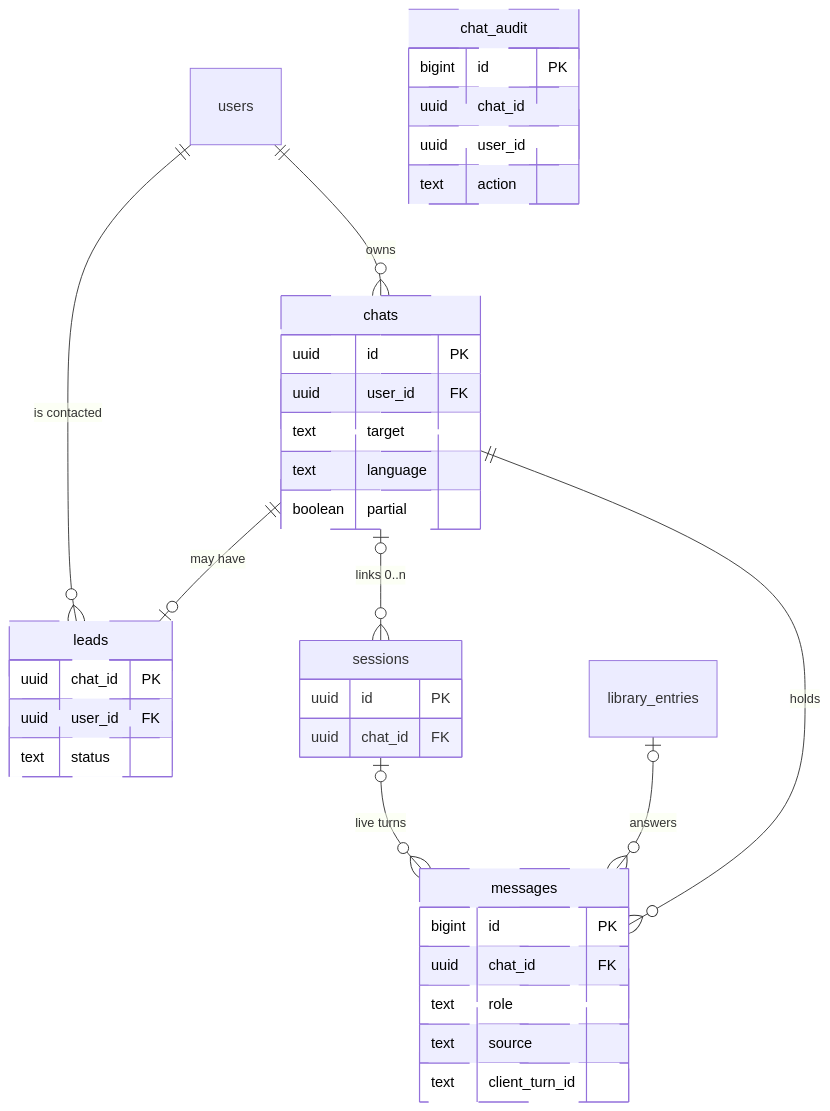
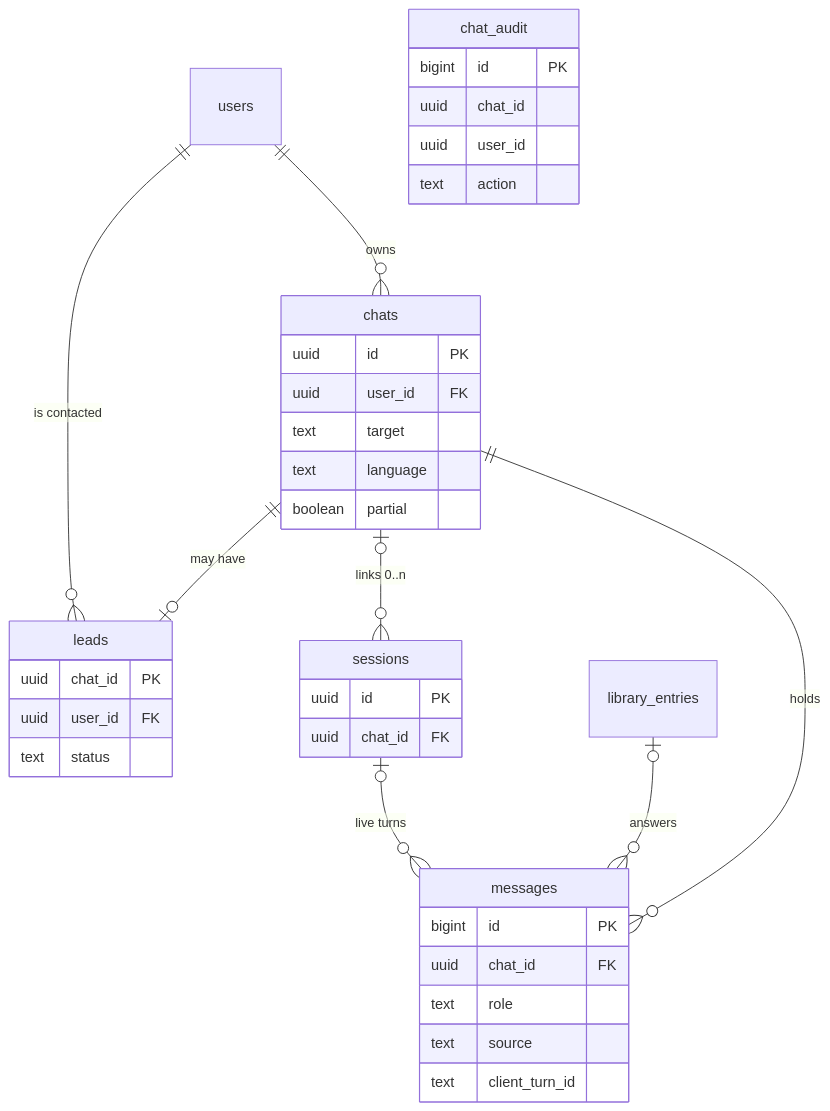
Before and after one commit to Kohandezh/kohandezh-live-avatar: the third of 3 diagrams in docs/features/chat-storage/SPEC.md, drawn with Mermaid. The commit also changed other lines of this file and 1 other file, not shown here.

First line of the commit message:
docs(chat-storage): apply review round 1 to the chat storage spec

````diff
--- a/docs/features/chat-storage/SPEC.md
+++ b/docs/features/chat-storage/SPEC.md
@@ -774,41 +845,39 @@
 ```mermaid
 erDiagram
     users ||--o{ chats : "owns"
     chats ||--o{ messages : "holds"
     chats ||--o| leads : "may have"
     chats |o--o{ sessions : "links 0..n"
     users ||--o{ leads : "is contacted"
     library_entries |o--o{ messages : "answers"
     sessions |o--o{ messages : "live turns"
     chats {
         uuid id PK
         uuid user_id FK
         text target
         text language
         boolean partial
     }
     messages {
         bigint id PK
         uuid chat_id FK
         text role
         text source
         text client_turn_id
     }
     leads {
         uuid chat_id PK
         uuid user_id FK
         text status
     }
     chat_audit {
         bigint id PK
         uuid chat_id
         uuid user_id
         text action
     }
     sessions {
         uuid id PK
         uuid chat_id FK
     }
-    classDef proposed stroke-dasharray: 5 5,fill:#eef,color:#000
-    class chats,messages,leads,chat_audit proposed
 ```
````
